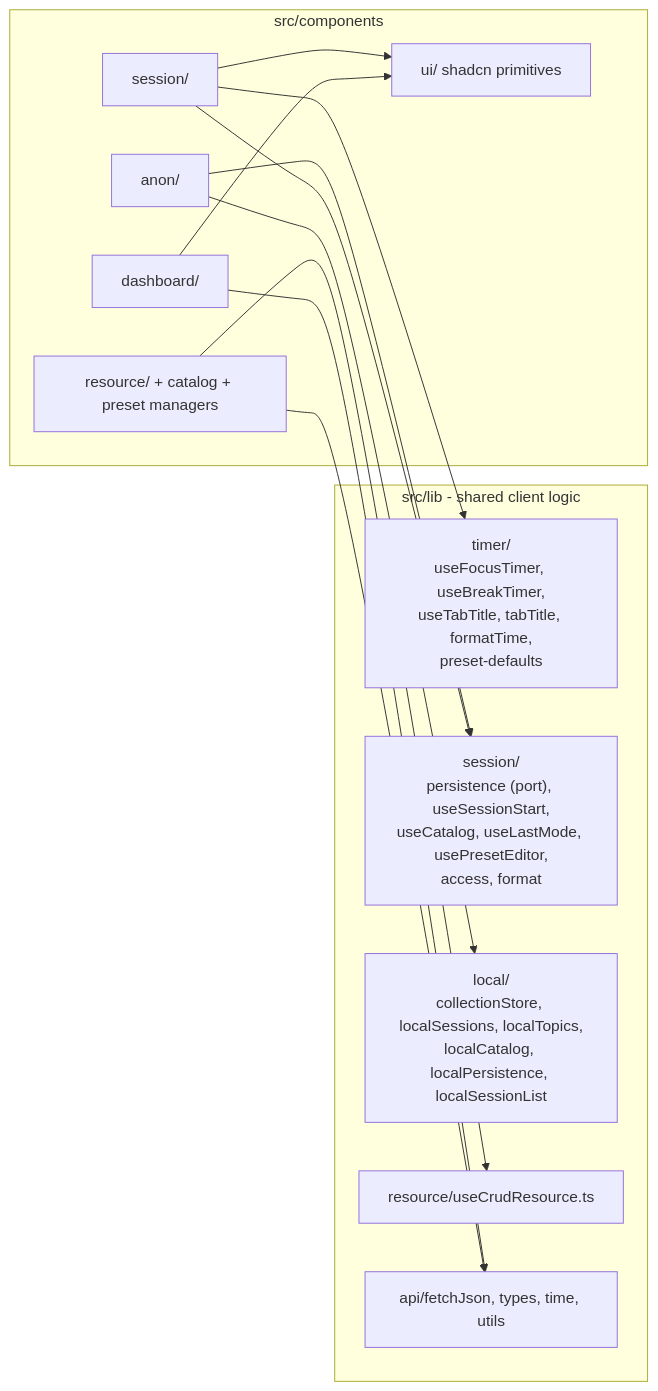
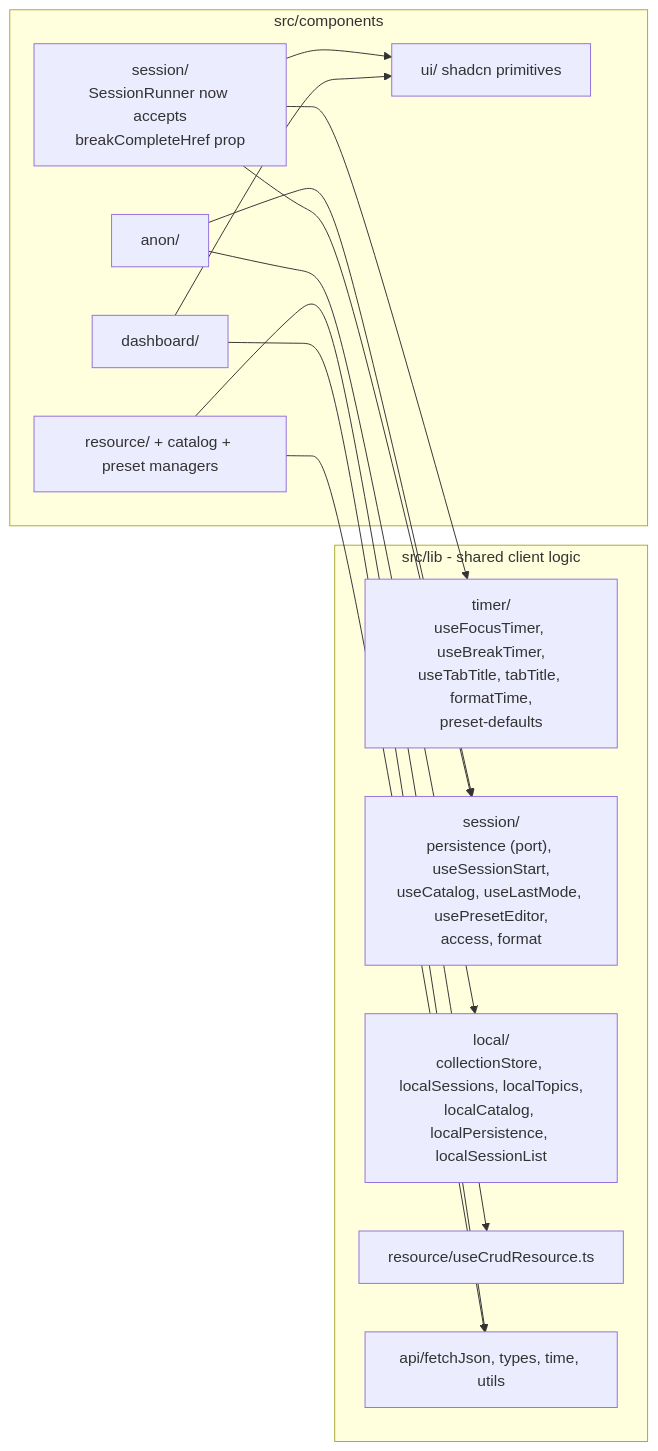
Before and after one commit to plpabla/pomosapiens: the fourth of 11 diagrams in context/foundation/arch.md, drawn with Mermaid. The commit also changed other lines of this file and 5 other files, not shown here.

````diff
--- a/context/foundation/arch.md
+++ b/context/foundation/arch.md
@@ -152,23 +154,23 @@
 ```mermaid
 flowchart LR
     subgraph components[src/components]
         anonC[anon/]
-        sessC[session/]
+        sessC[session/<br/>SessionRunner now accepts<br/>breakCompleteHref prop]
         dashC[dashboard/]
         resC[resource/ + catalog + preset managers]
         uiC[ui/ shadcn primitives]
     end
 
     subgraph lib[src/lib - shared client logic]
         TIMER["timer/<br/>useFocusTimer, useBreakTimer,<br/>useTabTitle, tabTitle, formatTime,<br/>preset-defaults"]
         SESSL["session/<br/>persistence (port), useSessionStart,<br/>useCatalog, useLastMode, usePresetEditor,<br/>access, format"]
         LOCL["local/<br/>collectionStore, localSessions, localTopics,<br/>localCatalog, localPersistence, localSessionList"]
         RESL[resource/useCrudResource.ts]
         MISC[api/fetchJson, types, time, utils]
     end
 
     anonC --> LOCL & SESSL
     sessC --> TIMER & SESSL & uiC
     dashC --> MISC & uiC
     resC --> RESL & MISC
 ```
````
